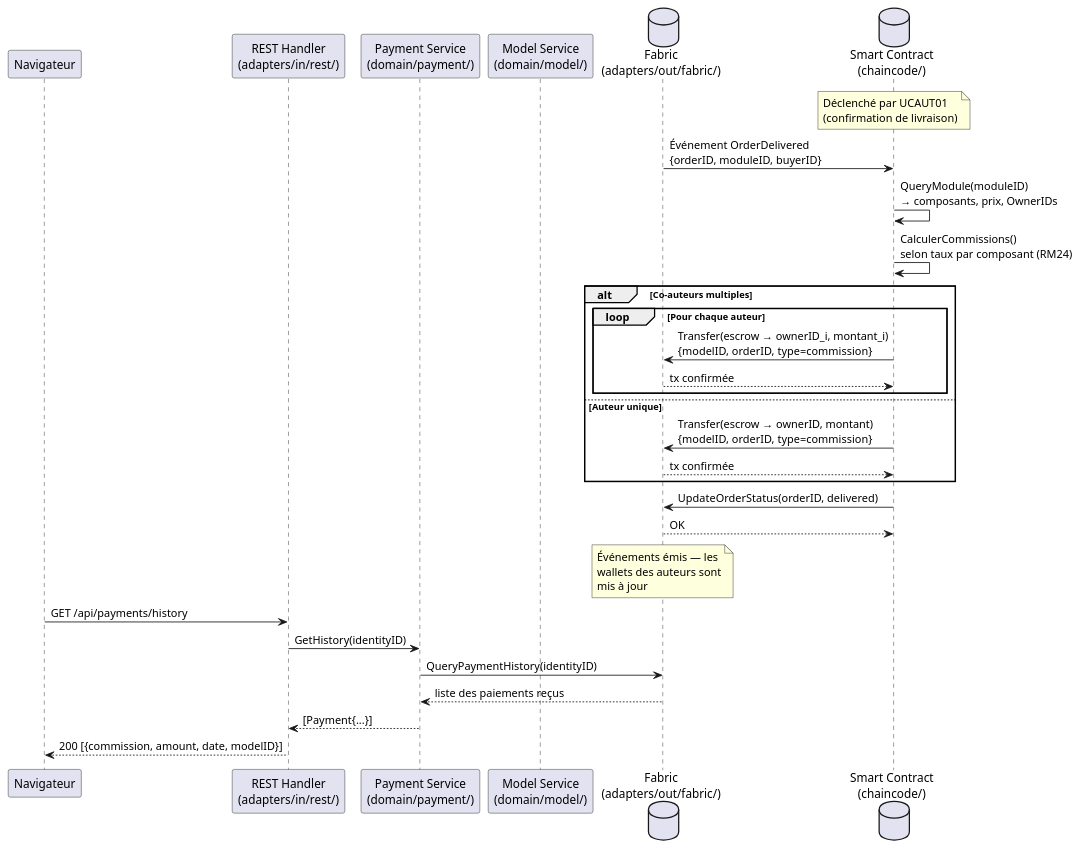
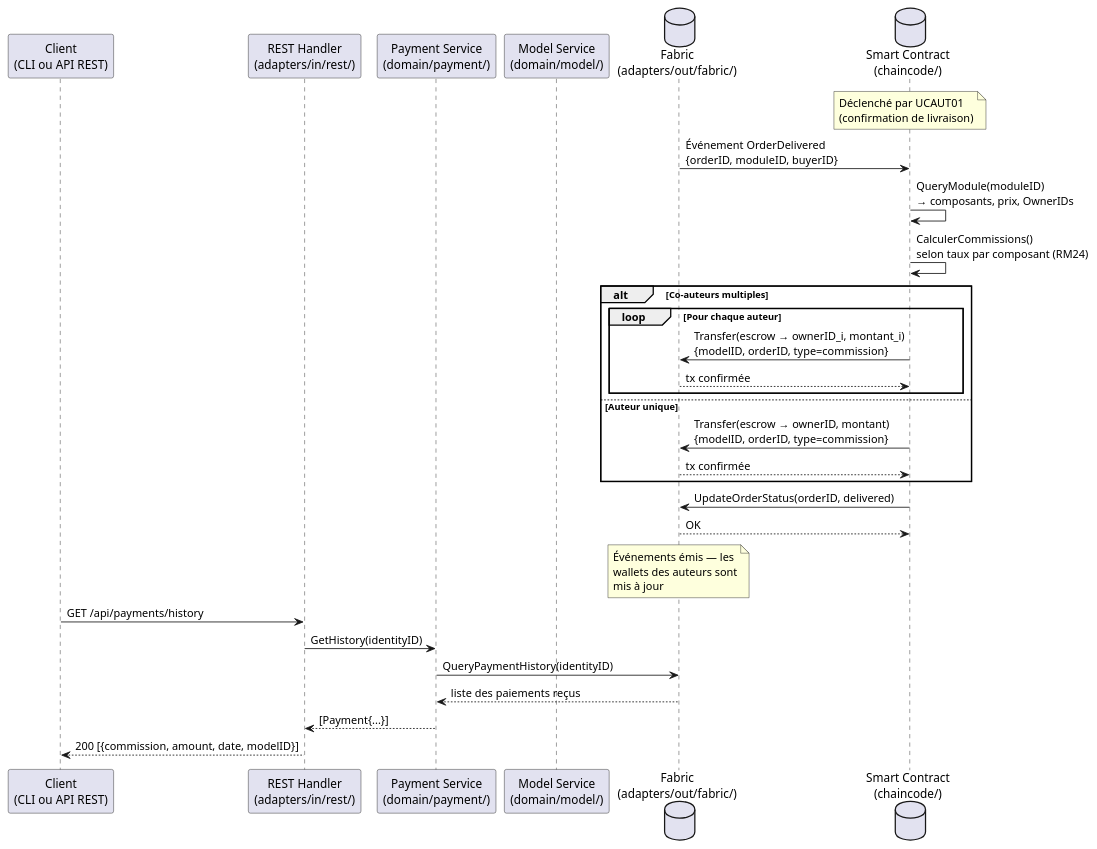
Before and after one commit to olivaux/myr: the second of 2 diagrams in specs/2-Analyse/UCPI-Propriete_Intellectuelle/UCPI02.md, drawn with PlantUML. The commit also changed other lines of this file and 72 other files, not shown here.

````diff
--- a/specs/2-Analyse/UCPI-Propriete_Intellectuelle/UCPI02.md
+++ b/specs/2-Analyse/UCPI-Propriete_Intellectuelle/UCPI02.md
@@ -101,40 +101,40 @@
 ```plantuml
 @startuml
-participant "Navigateur" as Browser
+participant "Client\n(CLI ou API REST)" as Browser
 participant "REST Handler\n(adapters/in/rest/)" as REST
 participant "Payment Service\n(domain/payment/)" as PaySvc
 participant "Model Service\n(domain/model/)" as ModelSvc
 database "Fabric\n(adapters/out/fabric/)" as Fabric
 database "Smart Contract\n(chaincode/)" as CC
 
 note over CC : Déclenché par UCAUT01\n(confirmation de livraison)
 
 Fabric -> CC : Événement OrderDelivered\n{orderID, moduleID, buyerID}
 
 CC -> CC : QueryModule(moduleID)\n→ composants, prix, OwnerIDs
 CC -> CC : CalculerCommissions()\nselon taux par composant (RM24)
 
 alt Co-auteurs multiples
     loop Pour chaque auteur
         CC -> Fabric : Transfer(escrow → ownerID_i, montant_i)\n{modelID, orderID, type=commission}
         Fabric --> CC : tx confirmée
     end
 else Auteur unique
     CC -> Fabric : Transfer(escrow → ownerID, montant)\n{modelID, orderID, type=commission}
     Fabric --> CC : tx confirmée
 end
 
 CC -> Fabric : UpdateOrderStatus(orderID, delivered)
 Fabric --> CC : OK
 
 note over Fabric : Événements émis — les\nwallets des auteurs sont\nmis à jour
 
 Browser -> REST : GET /api/payments/history
 REST -> PaySvc : GetHistory(identityID)
 PaySvc -> Fabric : QueryPaymentHistory(identityID)
 Fabric --> PaySvc : liste des paiements reçus
 PaySvc --> REST : [Payment{...}]
 REST --> Browser : 200 [{commission, amount, date, modelID}]
 
 @enduml
 ```
````
